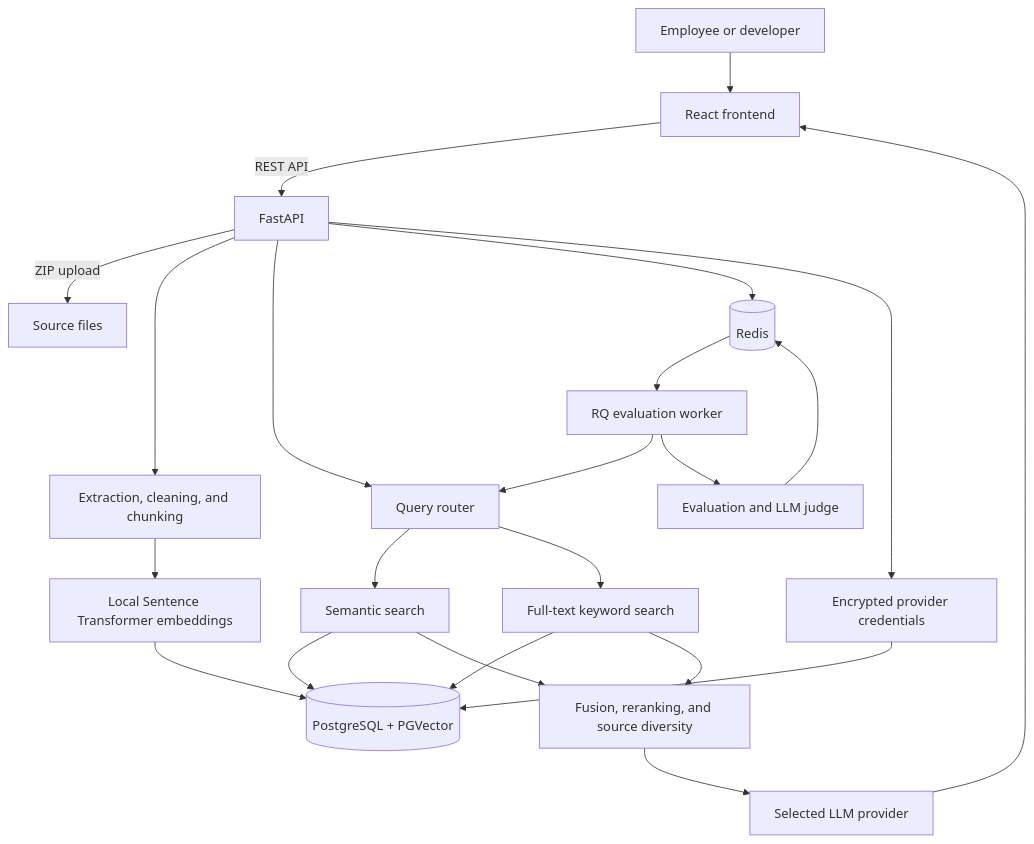
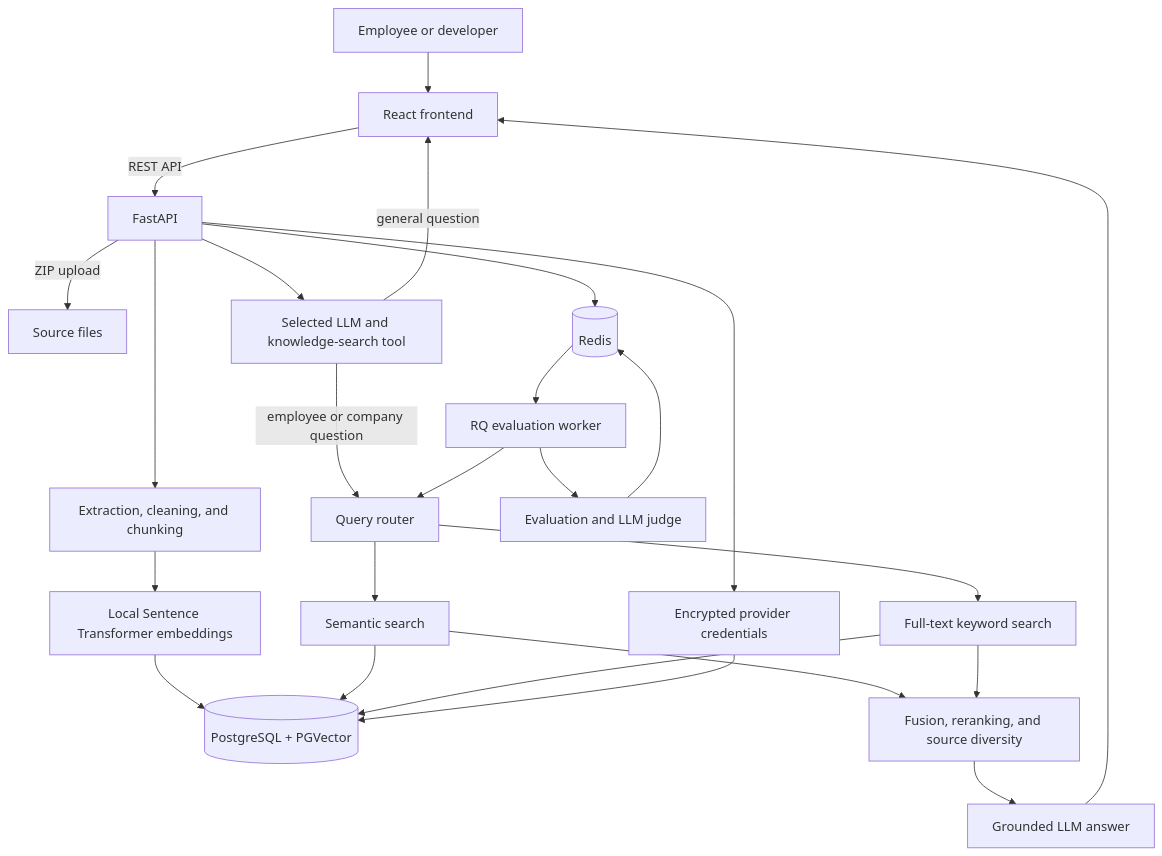
One commit to arvind-mocha/Employee_Rag_System changed the diagram in README.md. Above: the diagram before and after it, drawn with Mermaid. The commit also changed other lines of this file and 10 other files, not shown here.

Commit message:
Tool as been provided to llm

````diff
--- a/README.md
+++ b/README.md
@@ -39,29 +40,31 @@
 ```mermaid
 flowchart TB
     User[Employee or developer] --> UI[React frontend]
     UI -->|REST API| API[FastAPI]
 
     API -->|ZIP upload| Files[Source files]
     API --> Ingestion[Extraction, cleaning, and chunking]
     Ingestion --> Embeddings[Local Sentence Transformer embeddings]
     Embeddings --> DB[(PostgreSQL + PGVector)]
 
-    API --> Router[Query router]
+    API --> LLM[Selected LLM and knowledge-search tool]
+    LLM -->|employee or company question| Router[Query router]
+    LLM -->|general question| UI
     Router --> Semantic[Semantic search]
     Router --> Keyword[Full-text keyword search]
     Semantic --> DB
     Keyword --> DB
     Semantic --> Fusion[Fusion, reranking, and source diversity]
     Keyword --> Fusion
-    Fusion --> LLM[Selected LLM provider]
-    LLM --> UI
+    Fusion --> Grounded[Grounded LLM answer]
+    Grounded --> UI
 
     API --> Redis[(Redis)]
     Redis --> Worker[RQ evaluation worker]
     Worker --> Router
     Worker --> Judge[Evaluation and LLM judge]
     Judge --> Redis
 
     API --> Credentials[Encrypted provider credentials]
     Credentials --> DB
 ```
````
